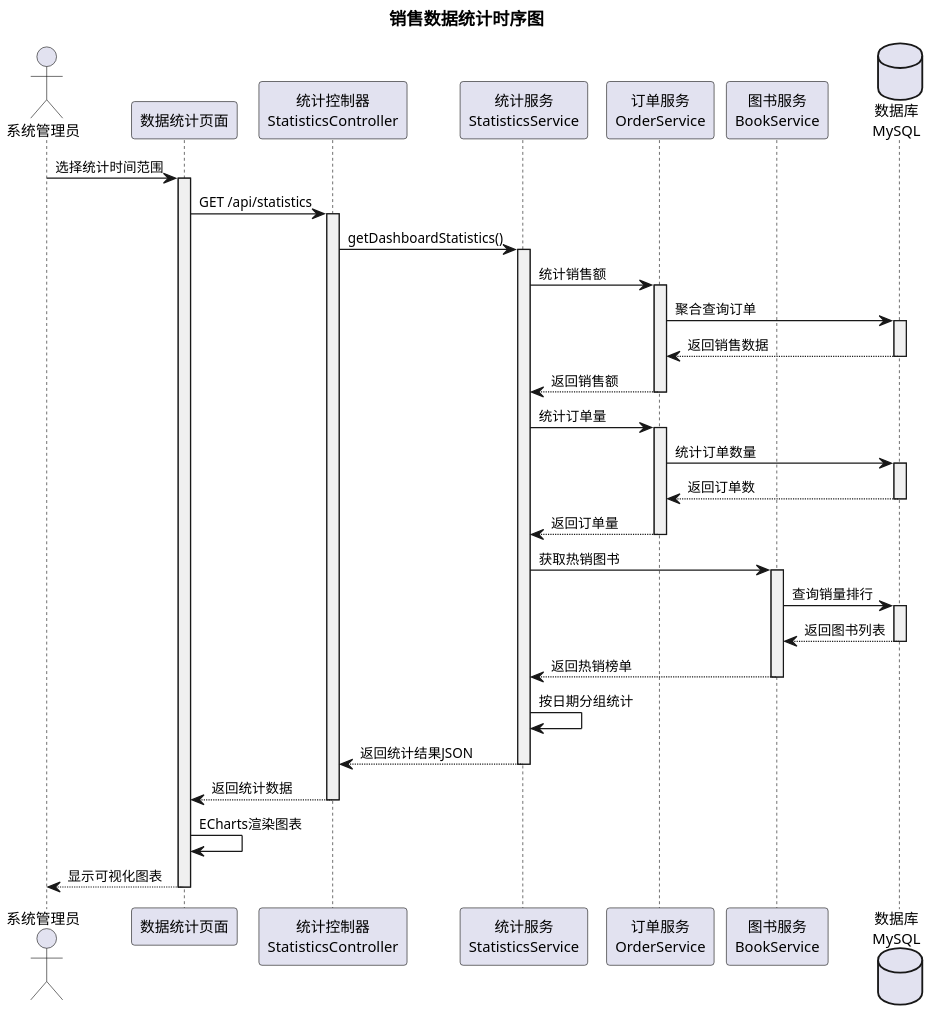
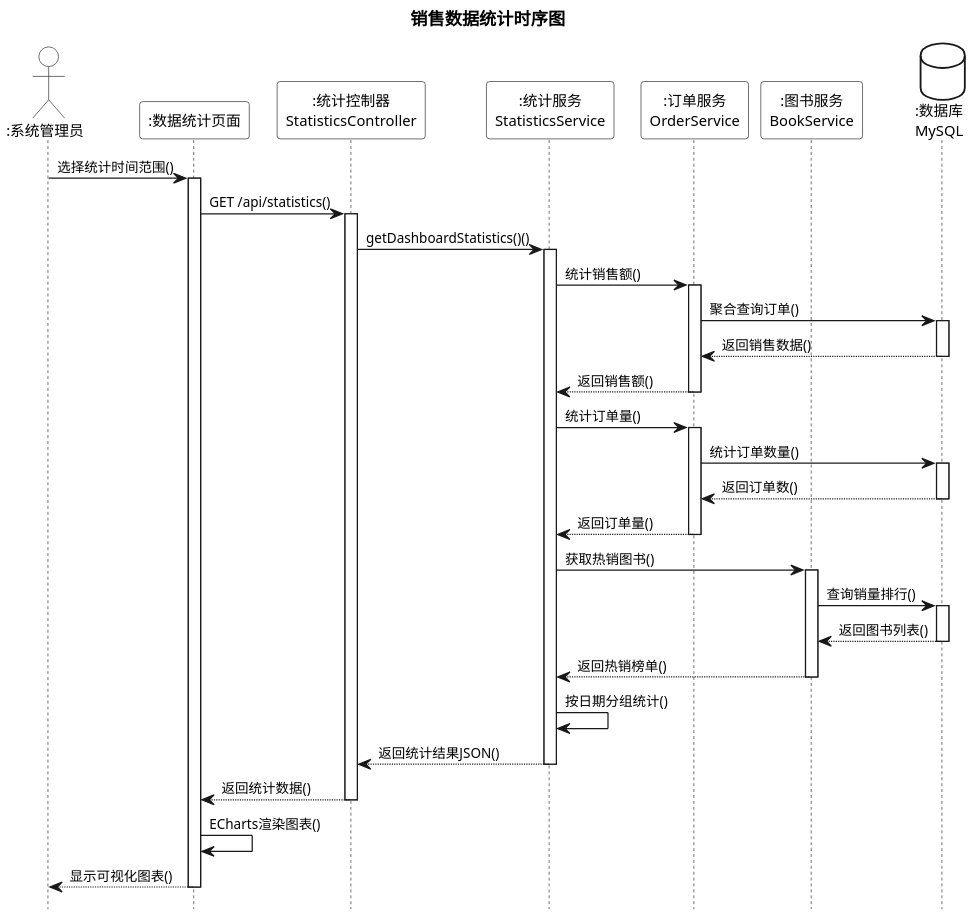
One commit to lvolk555/Trea--warehouse- changed the fifth of 8 diagrams in 修改后的论文内容.md. Above: the diagram before and after it, drawn with PlantUML. The commit also changed other lines of this file, not shown here.

Commit message:
更新PlantUML时序图格式：激活块白色填充、组件透明背景、hide footbox、组件名加冒号、消息加括号

````diff
--- a/修改后的论文内容.md
+++ b/修改后的论文内容.md
@@ -1023,5 +1044,6 @@
 ```plantuml
 @startuml
+hide footbox
 skinparam defaultFontName "SimSun"
 skinparam defaultFontSize 12
 skinparam sequence {
@@ -1029,75 +1051,81 @@
     ArrowFontSize 11
     ParticipantFontName "SimSun"
     ParticipantFontSize 12
-    LifeLineBackgroundColor #F0F0F0
 }
+skinparam ParticipantBackgroundColor transparent
+skinparam ActorBackgroundColor transparent
+skinparam DatabaseBackgroundColor transparent
+skinparam NoteBackgroundColor transparent
+skinparam GroupBackgroundColor transparent
+skinparam LegendBackgroundColor transparent
+skinparam TitleBackgroundColor transparent
 skinparam dpi 200
 
 title 销售数据统计时序图
 
-actor "系统管理员" as Admin
-participant "数据统计页面" as StatsPage
-participant "统计控制器\nStatisticsController" as Controller
-participant "统计服务\nStatisticsService" as Service
-participant "订单服务\nOrderService" as OrderService
-participant "图书服务\nBookService" as BookService
-database "数据库\nMySQL" as DB
+actor ":系统管理员" as Admin
+participant ":数据统计页面" as StatsPage
+participant ":统计控制器\nStatisticsController" as Controller
+participant ":统计服务\nStatisticsService" as Service
+participant ":订单服务\nOrderService" as OrderService
+participant ":图书服务\nBookService" as BookService
+database ":数据库\nMySQL" as DB
 
-Admin -> StatsPage: 选择统计时间范围
+Admin -> StatsPage: 选择统计时间范围()
 activate StatsPage
 
-StatsPage -> Controller: GET /api/statistics
+StatsPage -> Controller: GET /api/statistics()
 activate Controller
 
-Controller -> Service: getDashboardStatistics()
+Controller -> Service: getDashboardStatistics()()
 activate Service
 
-Service -> OrderService: 统计销售额
+Service -> OrderService: 统计销售额()
 activate OrderService
-OrderService -> DB: 聚合查询订单
+OrderService -> DB: 聚合查询订单()
 activate DB
-DB --> OrderService: 返回销售数据
+DB --> OrderService: 返回销售数据()
 
 deactivate DB
-OrderService --> Service: 返回销售额
+OrderService --> Service: 返回销售额()
 
 deactivate OrderService
 
-Service -> OrderService: 统计订单量
+Service -> OrderService: 统计订单量()
 activate OrderService
-OrderService -> DB: 统计订单数量
+OrderService -> DB: 统计订单数量()
 activate DB
-DB --> OrderService: 返回订单数
+DB --> OrderService: 返回订单数()
 
 deactivate DB
-OrderService --> Service: 返回订单量
+OrderService --> Service: 返回订单量()
 
 deactivate OrderService
 
-Service -> BookService: 获取热销图书
+Service -> BookService: 获取热销图书()
 activate BookService
-BookService -> DB: 查询销量排行
+BookService -> DB: 查询销量排行()
 activate DB
-DB --> BookService: 返回图书列表
+DB --> BookService: 返回图书列表()
 
 deactivate DB
-BookService --> Service: 返回热销榜单
+BookService --> Service: 返回热销榜单()
 
 deactivate BookService
 
-Service -> Service: 按日期分组统计
+Service -> Service: 按日期分组统计()
 
-Service --> Controller: 返回统计结果JSON
+Service --> Controller: 返回统计结果JSON()
 
 deactivate Service
 
-Controller --> StatsPage: 返回统计数据
+Controller --> StatsPage: 返回统计数据()
 
 deactivate Controller
 
-StatsPage -> StatsPage: ECharts渲染图表
+StatsPage -> StatsPage: ECharts渲染图表()
 
-StatsPage --> Admin: 显示可视化图表
+StatsPage --> Admin: 显示可视化图表()
 
 deactivate StatsPage
 
````
